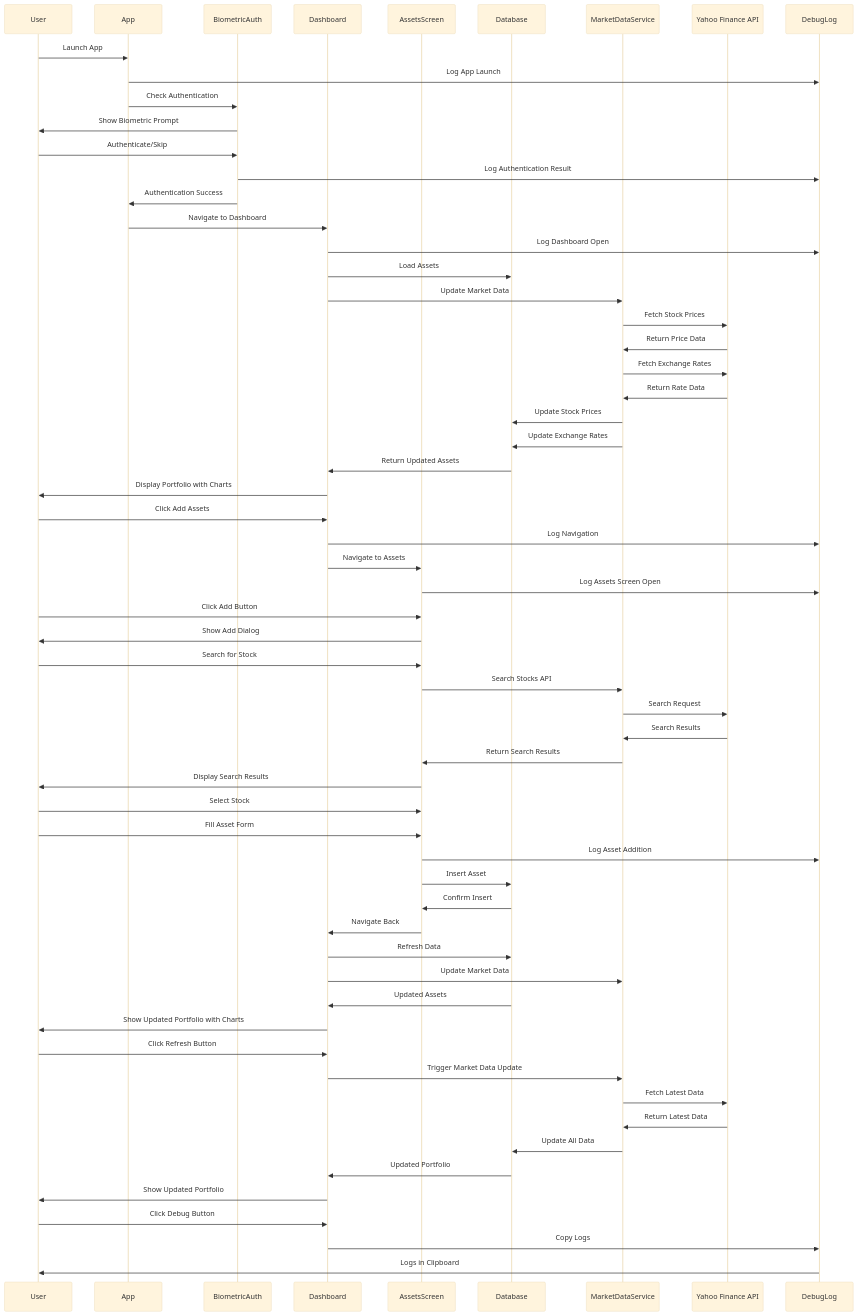
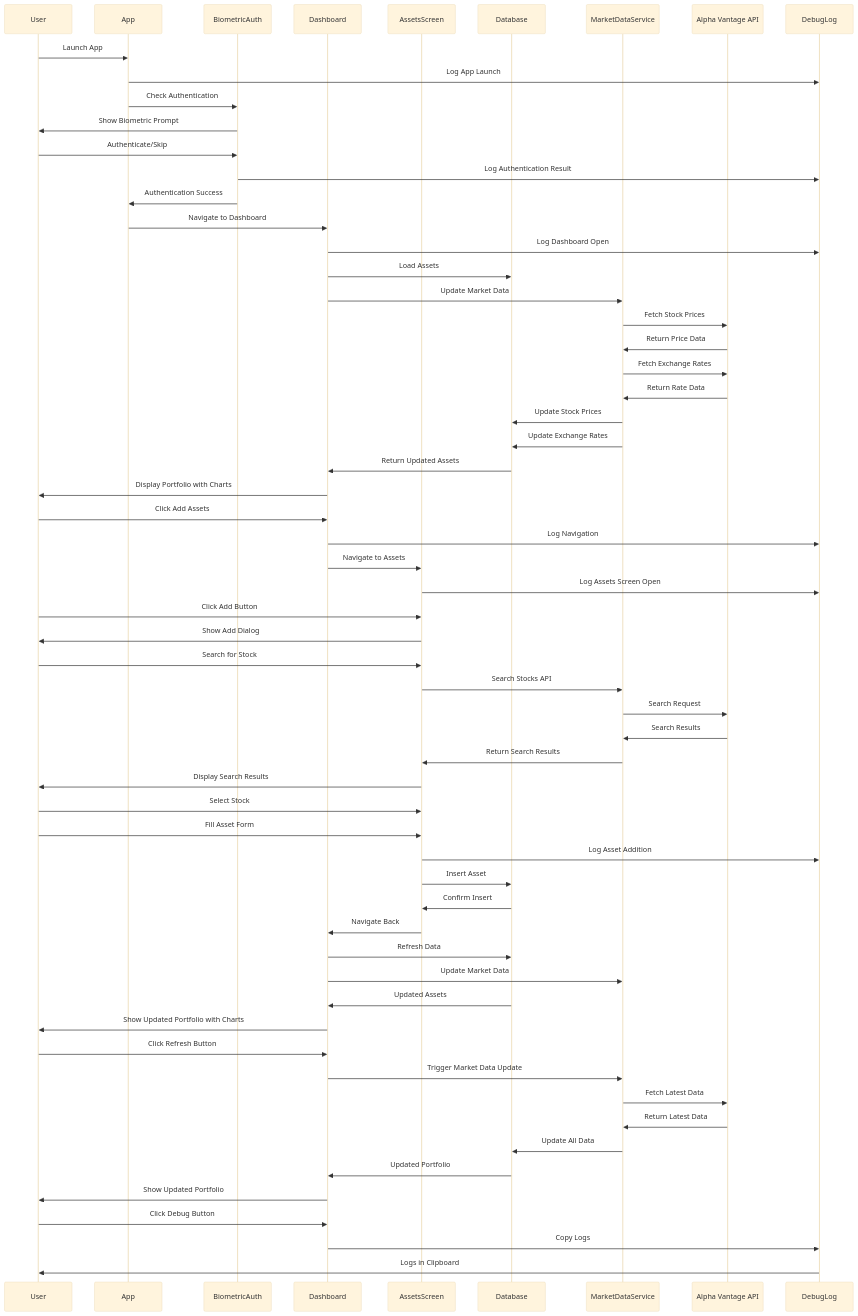
Before and after one commit to kuoyaoming/Wealth-Manager: the third of 3 diagrams in README.md, drawn with Mermaid (base theme). The commit also changed other lines of this file, not shown here.

````diff
--- a/README.md
+++ b/README.md
@@ -385,67 +397,67 @@
 ```mermaid
 sequenceDiagram
     participant U as User
     participant A as App
     participant B as BiometricAuth
     participant D as Dashboard
     participant AS as AssetsScreen
     participant DB as Database
     participant MD as MarketDataService
-    participant API as Yahoo Finance API
+    participant API as Alpha Vantage API
     participant DL as DebugLog
     
     U->>A: Launch App
     A->>DL: Log App Launch
     A->>B: Check Authentication
     B->>U: Show Biometric Prompt
     U->>B: Authenticate/Skip
     B->>DL: Log Authentication Result
     B->>A: Authentication Success
     A->>D: Navigate to Dashboard
     D->>DL: Log Dashboard Open
     D->>DB: Load Assets
     D->>MD: Update Market Data
     MD->>API: Fetch Stock Prices
     API->>MD: Return Price Data
     MD->>API: Fetch Exchange Rates
     API->>MD: Return Rate Data
     MD->>DB: Update Stock Prices
     MD->>DB: Update Exchange Rates
     DB->>D: Return Updated Assets
     D->>U: Display Portfolio with Charts
     
     U->>D: Click Add Assets
     D->>DL: Log Navigation
     D->>AS: Navigate to Assets
     AS->>DL: Log Assets Screen Open
     U->>AS: Click Add Button
     AS->>U: Show Add Dialog
     U->>AS: Search for Stock
     AS->>MD: Search Stocks API
     MD->>API: Search Request
     API->>MD: Search Results
     MD->>AS: Return Search Results
     AS->>U: Display Search Results
     U->>AS: Select Stock
     U->>AS: Fill Asset Form
     AS->>DL: Log Asset Addition
     AS->>DB: Insert Asset
     DB->>AS: Confirm Insert
     AS->>D: Navigate Back
     D->>DB: Refresh Data
     D->>MD: Update Market Data
     DB->>D: Updated Assets
     D->>U: Show Updated Portfolio with Charts
     
     U->>D: Click Refresh Button
     D->>MD: Trigger Market Data Update
     MD->>API: Fetch Latest Data
     API->>MD: Return Latest Data
     MD->>DB: Update All Data
     DB->>D: Updated Portfolio
     D->>U: Show Updated Portfolio
     
     U->>D: Click Debug Button
     D->>DL: Copy Logs
     DL->>U: Logs in Clipboard
 ```
````
